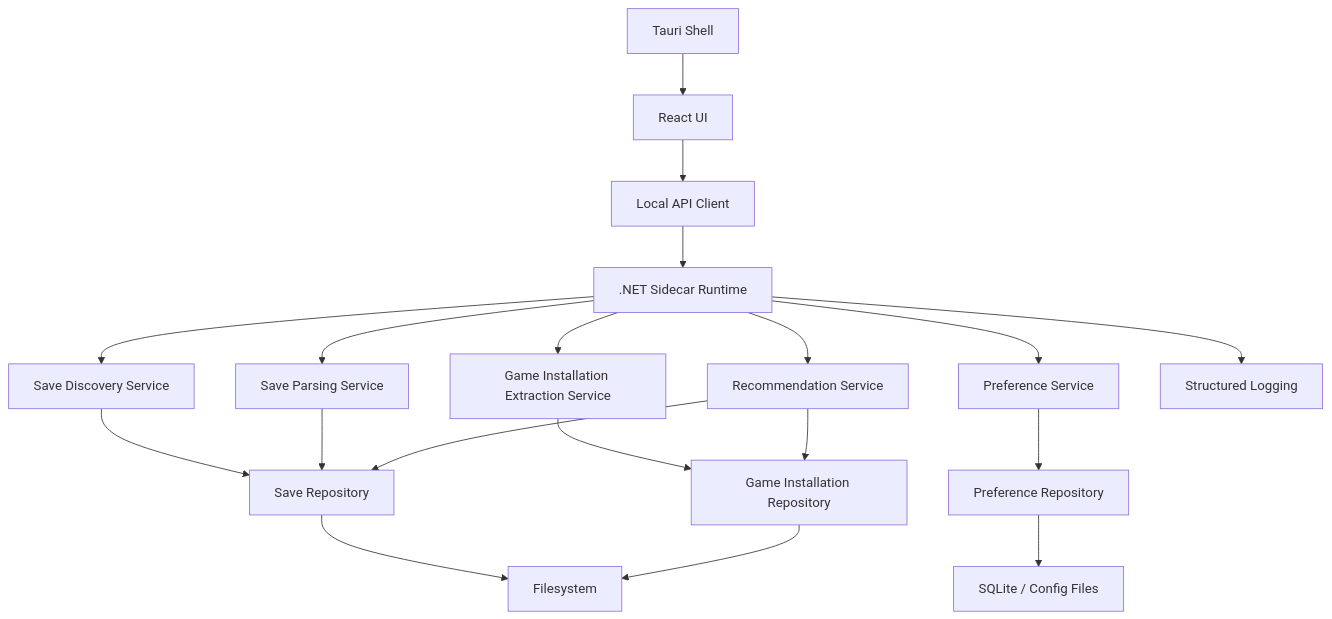
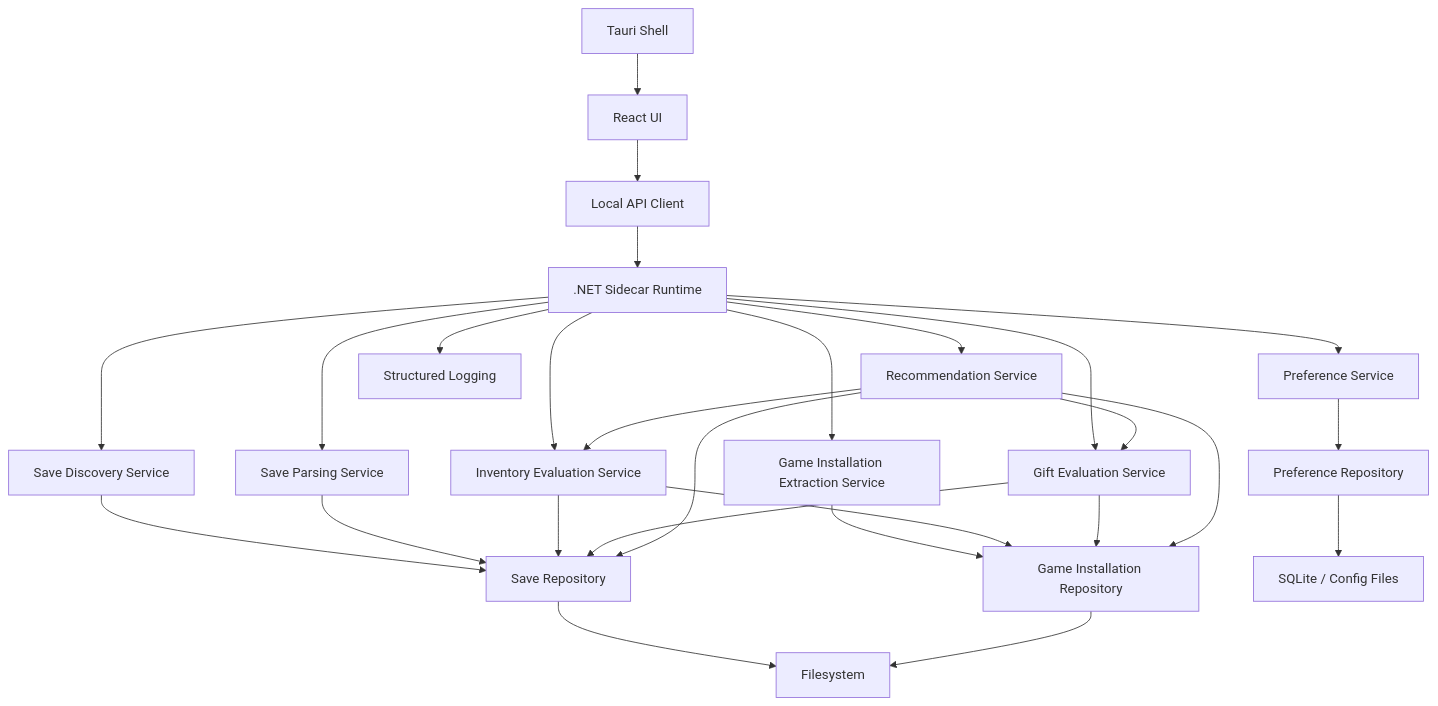
The first of 5 diagrams in .catalog/architecture.md (thaifurforo/fom-oracle), drawn with Mermaid before and after one commit. The commit also changed other lines of this file and 9 other files, not shown here.

````diff
--- a/.catalog/architecture.md
+++ b/.catalog/architecture.md
@@ -65,21 +65,29 @@
 ```mermaid
 graph TD
   A[Tauri Shell] --> B[React UI]
   B --> C[Local API Client]
   C --> D[.NET Sidecar Runtime]
   D --> E[Save Discovery Service]
   D --> F[Save Parsing Service]
   D --> G[Game Installation Extraction Service]
   D --> H[Recommendation Service]
   D --> I[Preference Service]
+  D --> P[Inventory Evaluation Service]
+  D --> Q[Gift Evaluation Service]
   E --> J[Save Repository]
   F --> J
   G --> K[Game Installation Repository]
+  P --> J
+  P --> K
+  Q --> J
+  Q --> K
+  H --> P
+  H --> Q
   H --> J
   H --> K
   I --> L[Preference Repository]
   J --> M[Filesystem]
   K --> M
   L --> N[SQLite / Config Files]
   D --> O[Structured Logging]
 ```
````
